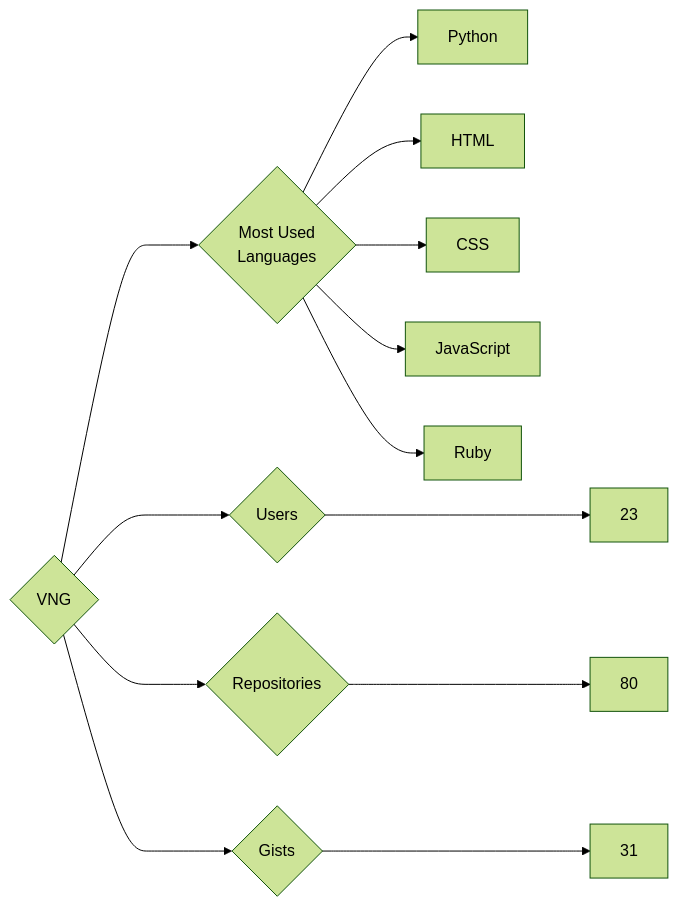
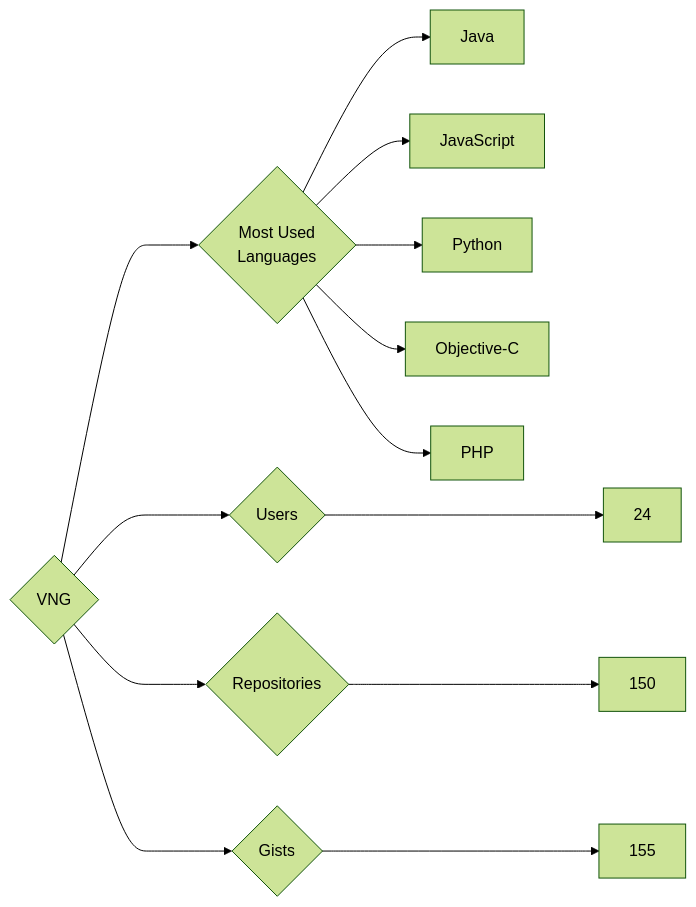
Before and after one commit to trickest/insiders: the diagram in targets/VNG/README.md, drawn with Mermaid (forest theme). The commit also changed 995 other files, not shown here.

````diff
--- a/targets/VNG/README.md
+++ b/targets/VNG/README.md
@@ -3,13 +3,13 @@
 ```mermaid
 graph LR
 COMPANY_NAME{VNG}
-COMPANY_NAME ---> U{Users} ---> UN[23]
-COMPANY_NAME ---> R{Repositories} ---> RN[80]
-COMPANY_NAME ---> G{Gists} ---> GN[31]
+COMPANY_NAME ---> U{Users} ---> UN[24]
+COMPANY_NAME ---> R{Repositories} ---> RN[150]
+COMPANY_NAME ---> G{Gists} ---> GN[155]
 COMPANY_NAME ---> ML{Most Used<br>Languages}
+ML --> Java[Java]
+ML --> JavaScript[JavaScript]
 ML --> Python[Python]
-ML --> HTML[HTML]
-ML --> CSS[CSS]
-ML --> JavaScript[JavaScript]
-ML --> Ruby[Ruby]
+ML --> Objective-C[Objective-C]
+ML --> PHP[PHP]
 ```
````
